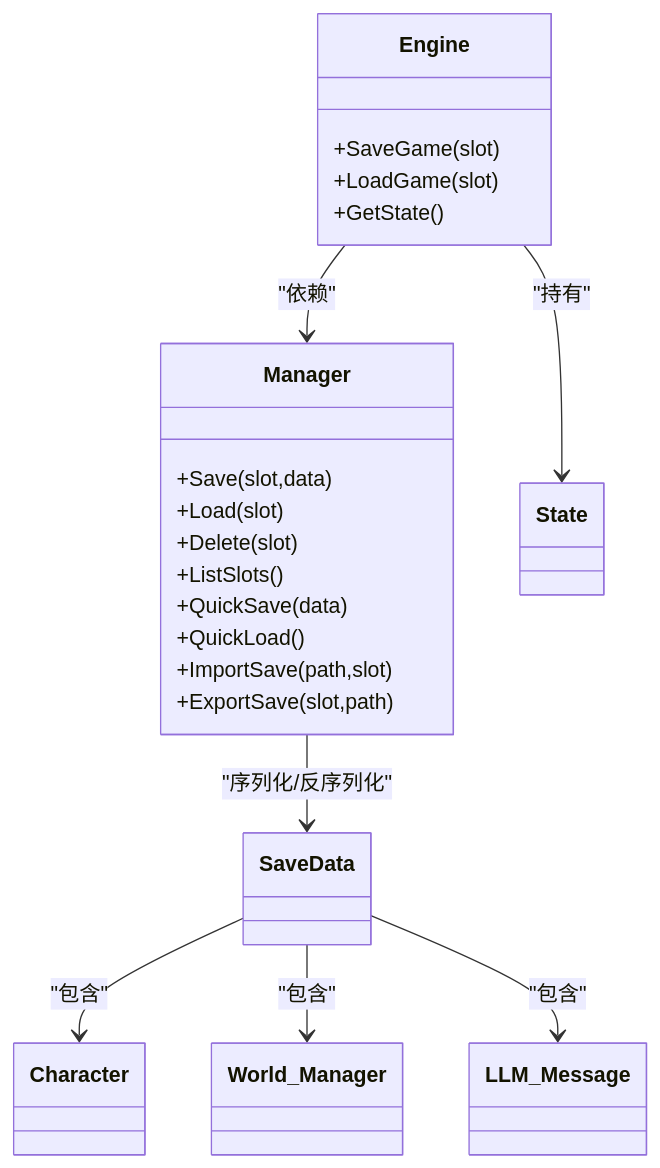
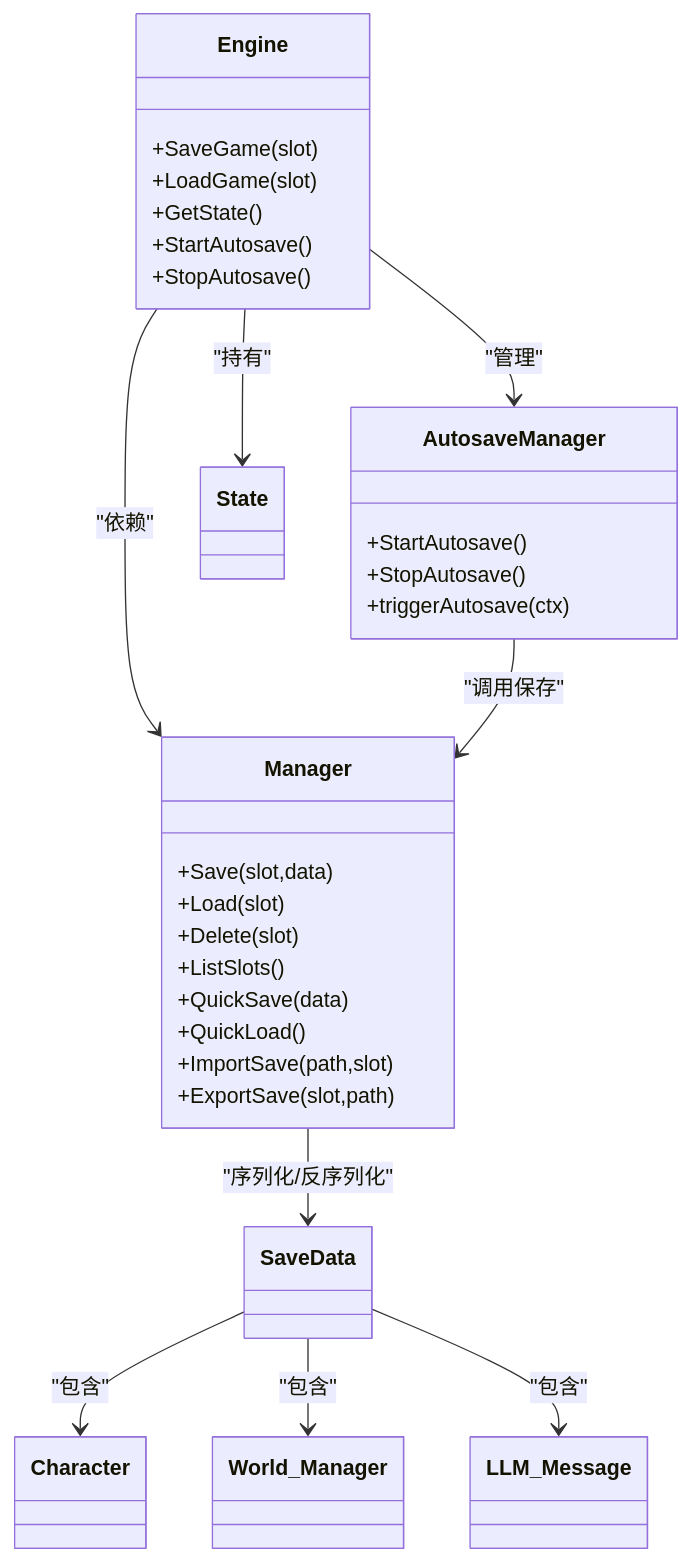
Before and after one commit to zwh8800/cdnd: the eighth of 9 diagrams in .qoder/repowiki/zh/content/存档系统.md, drawn with Mermaid. The commit also changed other lines of this file and 23 other files, not shown here.

````diff
--- a/.qoder/repowiki/zh/content/存档系统.md
+++ b/.qoder/repowiki/zh/content/存档系统.md
@@ -380,29 +477,38 @@
 ```mermaid
 classDiagram
 class Engine {
 +SaveGame(slot)
 +LoadGame(slot)
 +GetState()
++StartAutosave()
++StopAutosave()
 }
 class Manager {
 +Save(slot,data)
 +Load(slot)
 +Delete(slot)
 +ListSlots()
 +QuickSave(data)
 +QuickLoad()
 +ImportSave(path,slot)
 +ExportSave(slot,path)
 }
+class AutosaveManager {
++StartAutosave()
++StopAutosave()
++triggerAutosave(ctx)
+}
 class SaveData
 class State
 class World_Manager
 class Character
 class LLM_Message
 Engine --> Manager : "依赖"
+Engine --> AutosaveManager : "管理"
 Engine --> State : "持有"
 SaveData --> Character : "包含"
 SaveData --> World_Manager : "包含"
 SaveData --> LLM_Message : "包含"
 Manager --> SaveData : "序列化/反序列化"
+AutosaveManager --> Manager : "调用保存"
 ```
````
